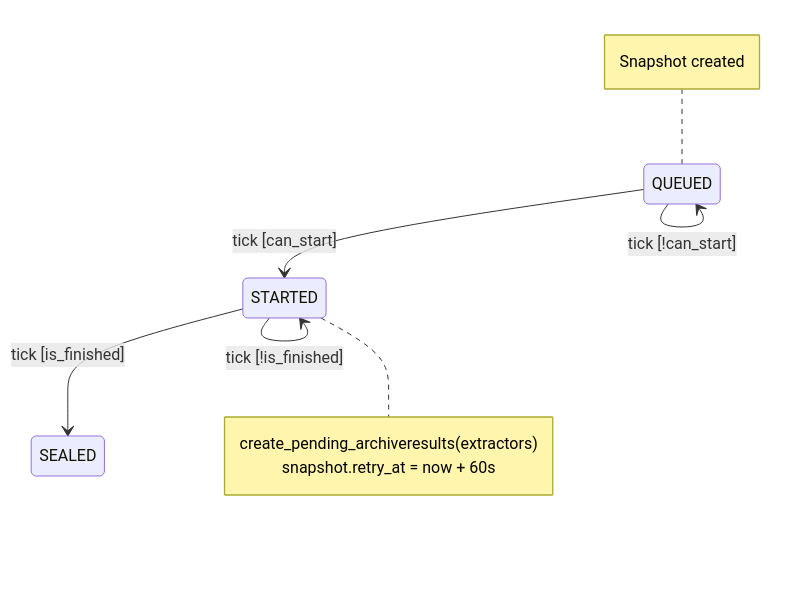
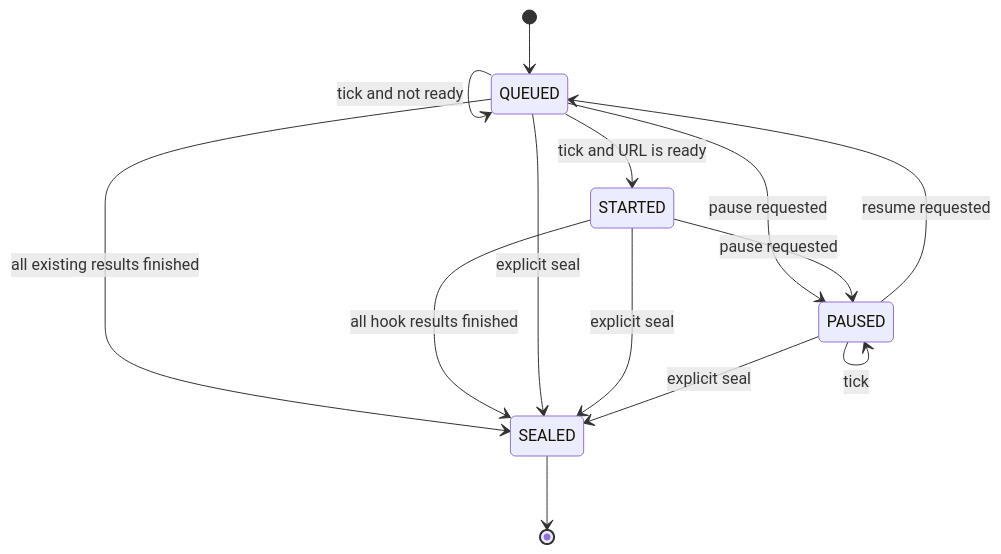
The fourth of 5 diagrams in ArchiveBox-Architecture-Diagrams.md (ArchiveBox/docs), drawn with Mermaid before and after one commit. The commit also changed other lines of this file and 199 other files, not shown here.

````diff
--- a/ArchiveBox-Architecture-Diagrams.md
+++ b/ArchiveBox-Architecture-Diagrams.md
@@ -140,16 +87,16 @@
 ```mermaid
 stateDiagram-v2
-    STARTED --> SEALED: tick [is_finished]
-    STARTED --> STARTED: tick [!is_finished]
-    QUEUED --> STARTED: tick [can_start]
-    QUEUED --> QUEUED: tick [!can_start]
-    
-    note left of QUEUED
-        Snapshot created
-    end note
-    
-    note right of STARTED
-        create_pending_archiveresults(extractors)
-        snapshot.retry_at = now + 60s
-    end note
+    [*] --> QUEUED
+    QUEUED --> STARTED: tick and URL is ready
+    QUEUED --> QUEUED: tick and not ready
+    QUEUED --> SEALED: all existing results finished
+    STARTED --> SEALED: all hook results finished
+    QUEUED --> PAUSED: pause requested
+    STARTED --> PAUSED: pause requested
+    PAUSED --> QUEUED: resume requested
+    PAUSED --> PAUSED: tick
+    QUEUED --> SEALED: explicit seal
+    STARTED --> SEALED: explicit seal
+    PAUSED --> SEALED: explicit seal
+    SEALED --> [*]
 ```
````
